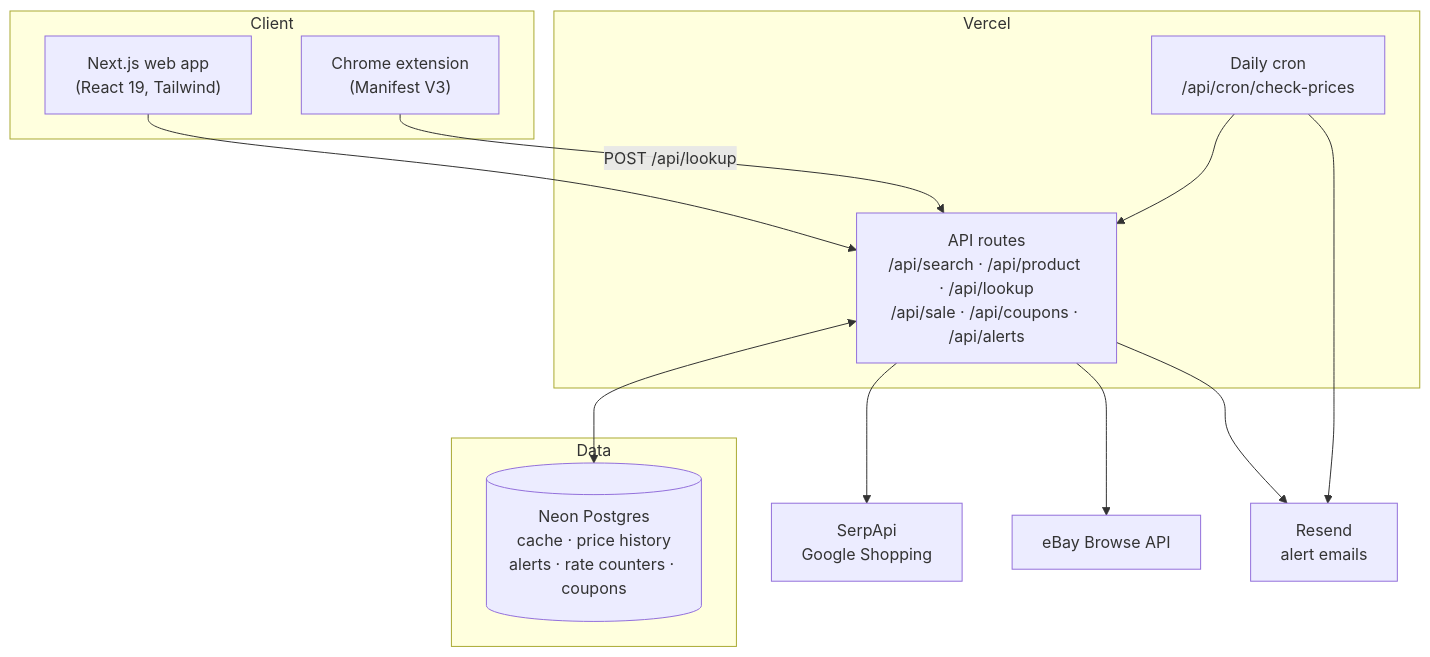
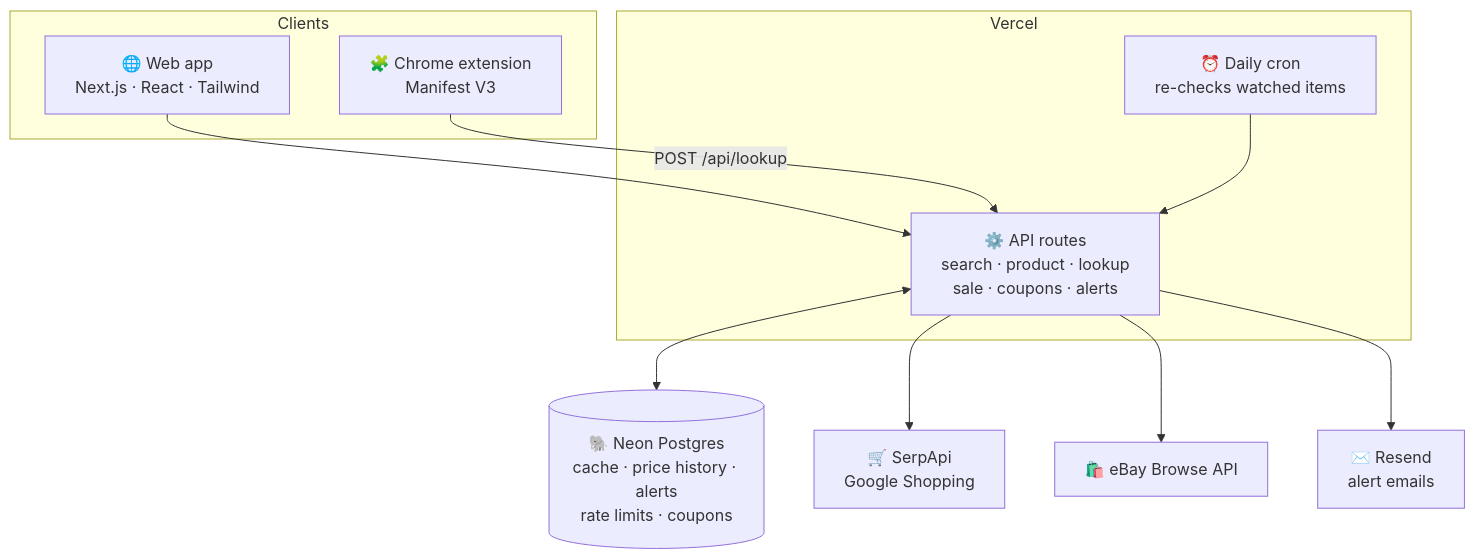
The second of 2 diagrams in README.md (Aadharsh21/Stealz), drawn with Mermaid before and after one commit. The commit also changed other lines of this file and 1 other file, not shown here.

First line of the commit message:
Restyle the README after Class Concierge: emojis, a 3-step graphic, real catches

````diff
--- a/README.md
+++ b/README.md
@@ -154,26 +175,23 @@
 ```mermaid
 flowchart TB
-    subgraph Client
-        W["Next.js web app<br/>(React 19, Tailwind)"]
-        X["Chrome extension<br/>(Manifest V3)"]
+    subgraph Clients
+        W["🌐 Web app<br/>Next.js · React · Tailwind"]
+        X["🧩 Chrome extension<br/>Manifest V3"]
     end
     subgraph Vercel
-        A["API routes<br/>/api/search · /api/product · /api/lookup<br/>/api/sale · /api/coupons · /api/alerts"]
-        CR["Daily cron<br/>/api/cron/check-prices"]
+        A["⚙️ API routes<br/>search · product · lookup<br/>sale · coupons · alerts"]
+        CR["⏰ Daily cron<br/>re-checks watched items"]
     end
-    subgraph Data
-        DB[("Neon Postgres<br/>cache · price history<br/>alerts · rate counters · coupons")]
-    end
-    SA["SerpApi<br/>Google Shopping"]
-    EB["eBay Browse API"]
-    RS["Resend<br/>alert emails"]
+    DB[("🐘 Neon Postgres<br/>cache · price history · alerts<br/>rate limits · coupons")]
+    SA["🛒 SerpApi<br/>Google Shopping"]
+    EB["🛍️ eBay Browse API"]
+    RS["✉️ Resend<br/>alert emails"]
 
     W --> A
     X -- "POST /api/lookup" --> A
     A <--> DB
     A --> SA
     A --> EB
     CR --> A
-    CR --> RS
     A --> RS
 ```
````
